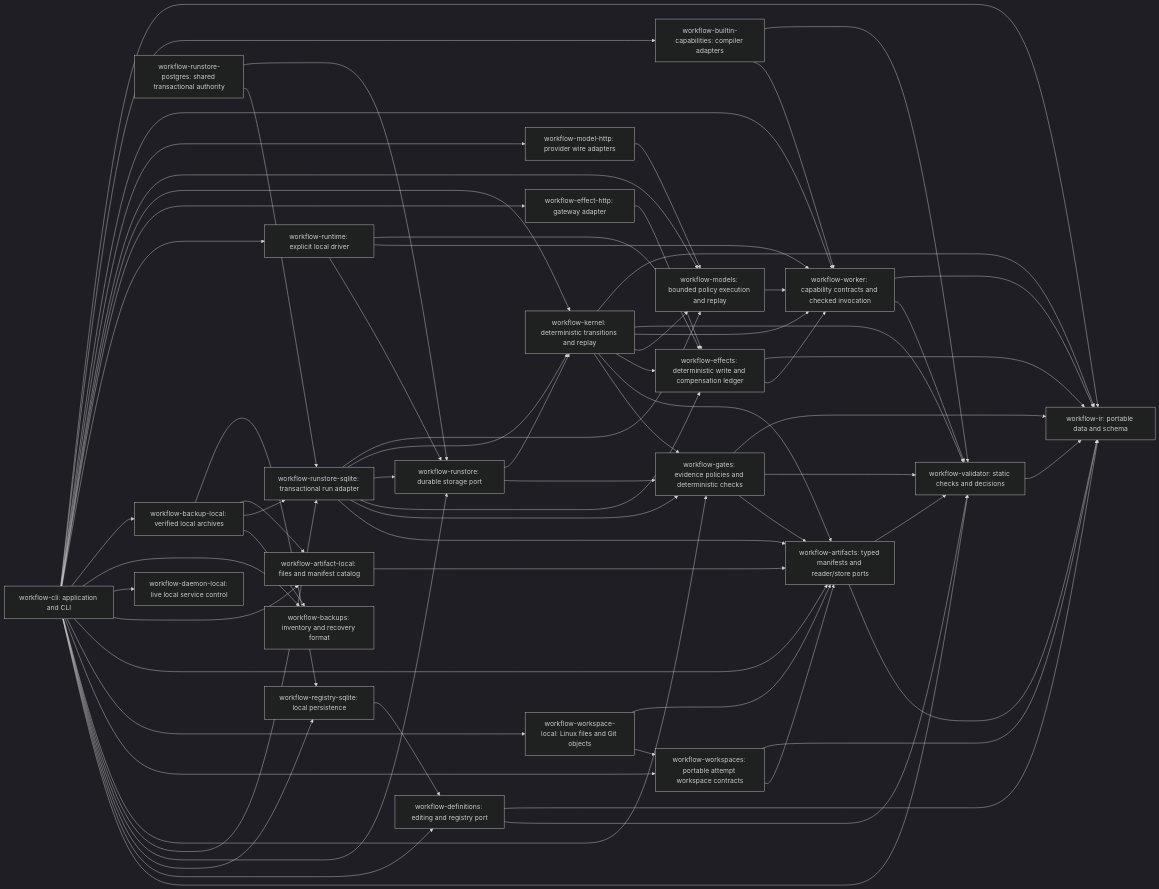
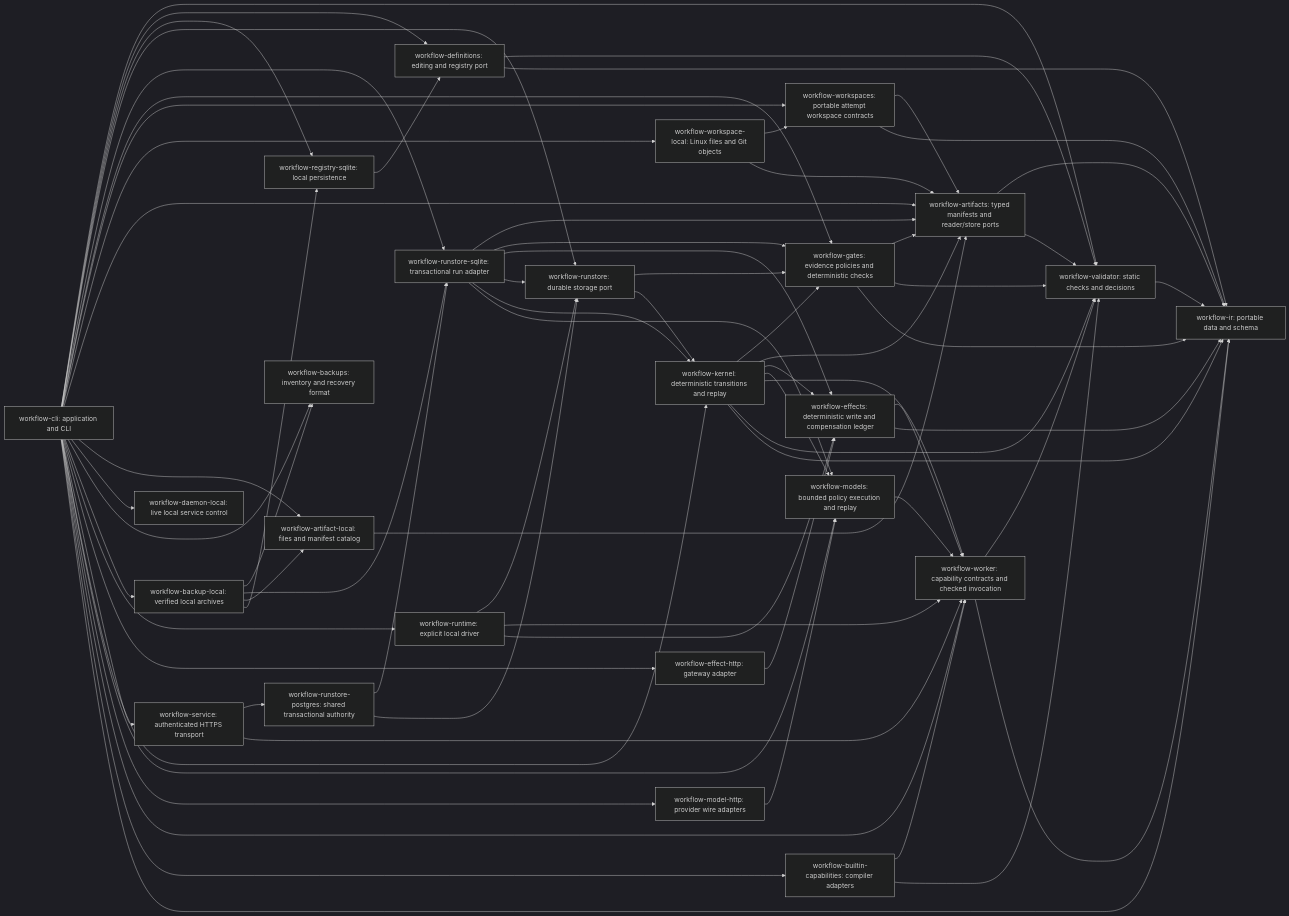
One commit to coolplayagent/workflow-cli changed the diagram in docs/roadmap.md. Above: the diagram before and after it, drawn with Mermaid (dark theme). The commit also changed other lines of this file and 30 other files, not shown here.

First line of the commit message:
feat(remote): authenticated HTTPS service and fenced scheduler workers (#38)

````diff
--- a/docs/roadmap.md
+++ b/docs/roadmap.md
@@ -8,71 +8,74 @@
 ```mermaid
 flowchart LR
     CLI[workflow-cli: application and CLI] --> V[workflow-validator: static checks and decisions]
     CLI --> D[workflow-definitions: editing and registry port]
     CLI --> S[workflow-registry-sqlite: local persistence]
     CLI --> RS[workflow-runstore: durable storage port]
     CLI --> DB[workflow-runstore-sqlite: transactional run adapter]
     CLI --> G[workflow-gates: evidence policies and deterministic checks]
     G --> A
     G --> V
     G --> IR
     CLI --> WS[workflow-workspaces: portable attempt workspace contracts]
     CLI --> WL[workflow-workspace-local: Linux files and Git objects]
     WL --> WS
     WL --> A
     WS --> A
     WS --> IR
     CLI --> A[workflow-artifacts: typed manifests and reader/store ports]
     CLI --> AF[workflow-artifact-local: files and manifest catalog]
     AF --> A
     DB --> A
     DB --> G
     RS --> G
     K --> G
     K --> A
     A --> IR
     A --> V
     CLI --> DL[workflow-daemon-local: live local service control]
     CLI --> BK[workflow-backups: inventory and recovery format]
     CLI --> BL[workflow-backup-local: verified local archives]
     BL --> BK
     BL --> DB
     BL --> AF
     BL --> S
     CLI --> RT[workflow-runtime: explicit local driver]
     RT --> RS
     RT --> W
     RT --> E[workflow-effects: deterministic write and compensation ledger]
     DB --> E
     K --> E
     CLI --> EH[workflow-effect-http: gateway adapter]
     EH --> E
     E --> W
     E --> IR
     PG[workflow-runstore-postgres: shared transactional authority] --> DB
     PG --> RS
+    CLI --> HTTPS[workflow-service: authenticated HTTPS transport]
+    HTTPS --> PG
+    HTTPS --> W
     DB --> RS
     DB --> K
     RS --> K
     CLI --> K[workflow-kernel: deterministic transitions and replay]
     K --> M[workflow-models: bounded policy execution and replay]
     DB --> M
     CLI --> M
     CLI --> MH[workflow-model-http: provider wire adapters]
     MH --> M
     M --> W
     K --> W
     K --> V
     K --> IR
     CLI --> W[workflow-worker: capability contracts and checked invocation]
     CLI --> B[workflow-builtin-capabilities: compiler adapters]
     B --> W
     B --> V
     W --> V
     W --> IR
     S --> D
     D --> V
     D --> IR[workflow-ir: portable data and schema]
     CLI --> IR
     V --> IR
 ```
````
